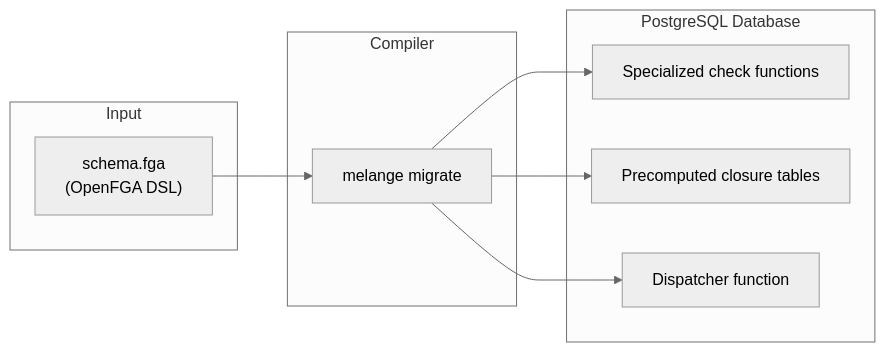
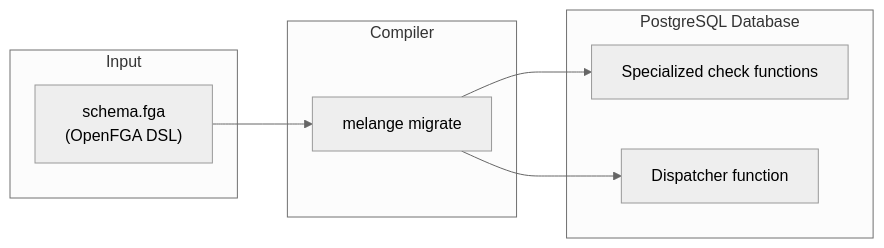
One commit to pthm/melange changed the diagram in docs/content/docs/concepts/how-it-works.md. Above: the diagram before and after it, drawn with Mermaid (neutral theme). The commit also changed other lines of this file and 7 other files, not shown here.

````diff
--- a/docs/content/docs/concepts/how-it-works.md
+++ b/docs/content/docs/concepts/how-it-works.md
@@ -22,21 +22,19 @@
 ```mermaid
 flowchart LR
     subgraph Input
         schema["schema.fga<br/>(OpenFGA DSL)"]
     end
 
     subgraph Compiler
         melange["melange migrate"]
     end
 
     subgraph Output["PostgreSQL Database"]
         funcs["Specialized check functions"]
-        closure["Precomputed closure tables"]
         dispatch["Dispatcher function"]
     end
 
     schema --> melange
     melange --> funcs
-    melange --> closure
     melange --> dispatch
 ```
````
